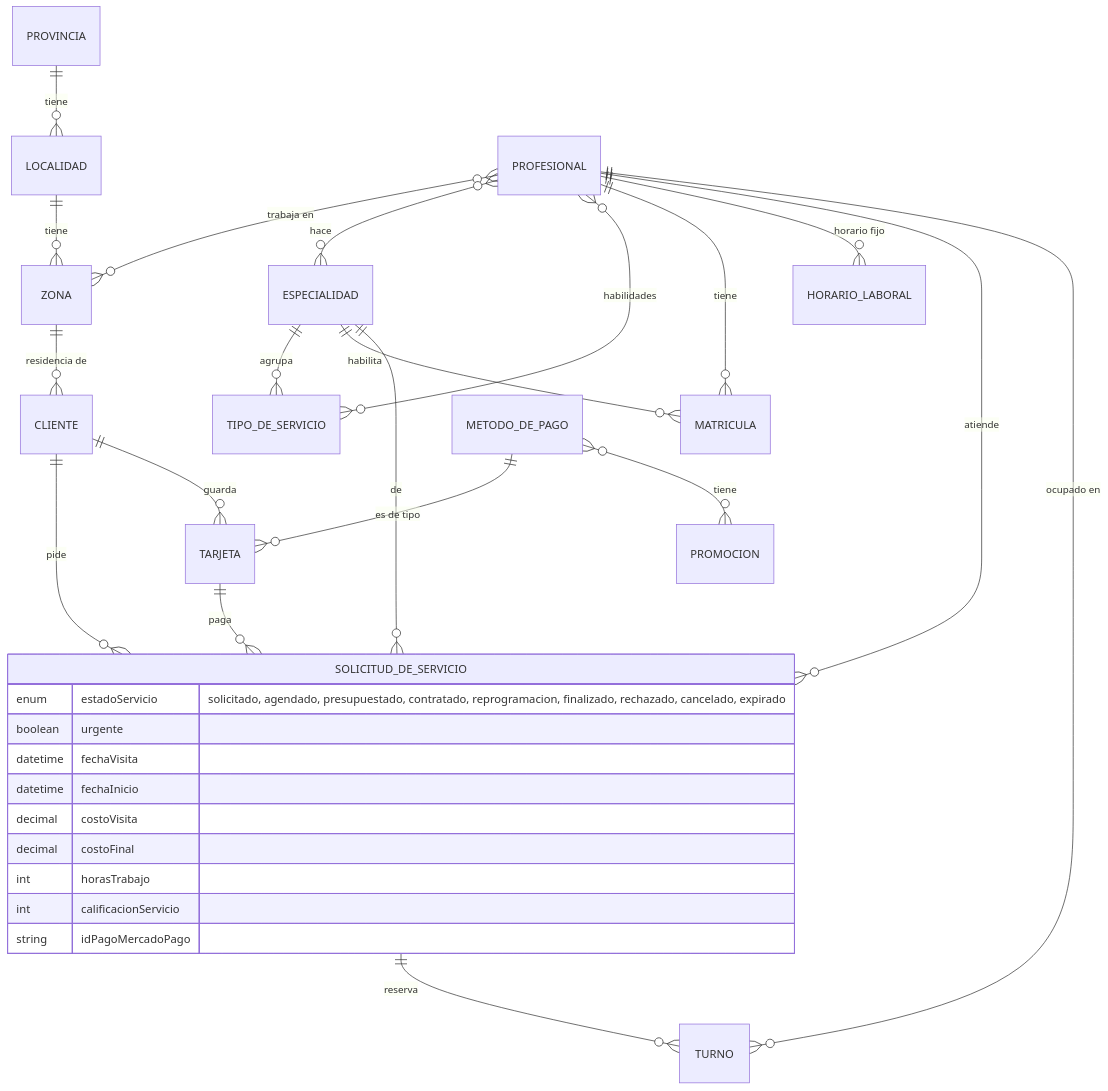
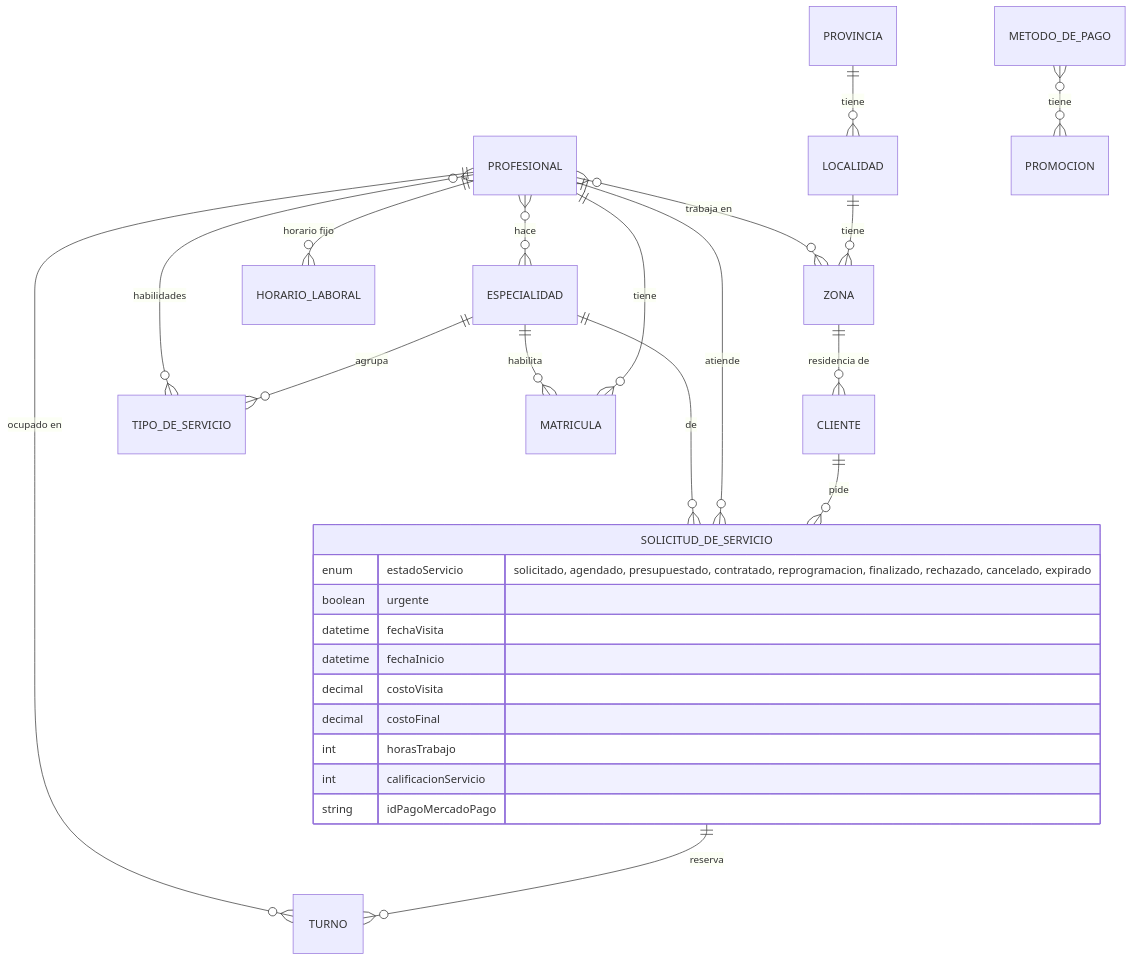
Before and after one commit to MaxiNMonzon/Manitas: the diagram in docs/proposal.md, drawn with Mermaid. The commit also changed other lines of this file and 46 other files, not shown here.

Commit message:
(Pagos y diseño) Saco la tarjeta guardada, pago solo con Mercado Pago. Buscador por zona y palabras clave, calendario de turnos y textos

````diff
--- a/docs/proposal.md
+++ b/docs/proposal.md
@@ -29,34 +29,31 @@
 ```mermaid
 erDiagram
     PROVINCIA ||--o{ LOCALIDAD : tiene
     LOCALIDAD ||--o{ ZONA : tiene
     ZONA ||--o{ CLIENTE : "residencia de"
     PROFESIONAL }o--o{ ZONA : "trabaja en"
     PROFESIONAL }o--o{ ESPECIALIDAD : hace
     ESPECIALIDAD ||--o{ TIPO_DE_SERVICIO : agrupa
     PROFESIONAL }o--o{ TIPO_DE_SERVICIO : "habilidades"
     PROFESIONAL ||--o{ MATRICULA : tiene
     ESPECIALIDAD ||--o{ MATRICULA : "habilita"
     PROFESIONAL ||--o{ HORARIO_LABORAL : "horario fijo"
     CLIENTE ||--o{ SOLICITUD_DE_SERVICIO : pide
     PROFESIONAL ||--o{ SOLICITUD_DE_SERVICIO : atiende
     ESPECIALIDAD ||--o{ SOLICITUD_DE_SERVICIO : "de"
     SOLICITUD_DE_SERVICIO ||--o{ TURNO : reserva
     PROFESIONAL ||--o{ TURNO : "ocupado en"
-    CLIENTE ||--o{ TARJETA : guarda
-    METODO_DE_PAGO ||--o{ TARJETA : "es de tipo"
-    TARJETA ||--o{ SOLICITUD_DE_SERVICIO : "paga"
     METODO_DE_PAGO }o--o{ PROMOCION : "tiene"
 
     SOLICITUD_DE_SERVICIO {
         enum estadoServicio "solicitado, agendado, presupuestado, contratado, reprogramacion, finalizado, rechazado, cancelado, expirado"
         boolean urgente
         datetime fechaVisita
         datetime fechaInicio
         decimal costoVisita
         decimal costoFinal
         int horasTrabajo
         int calificacionServicio
         string idPagoMercadoPago
     }
 ```
````
